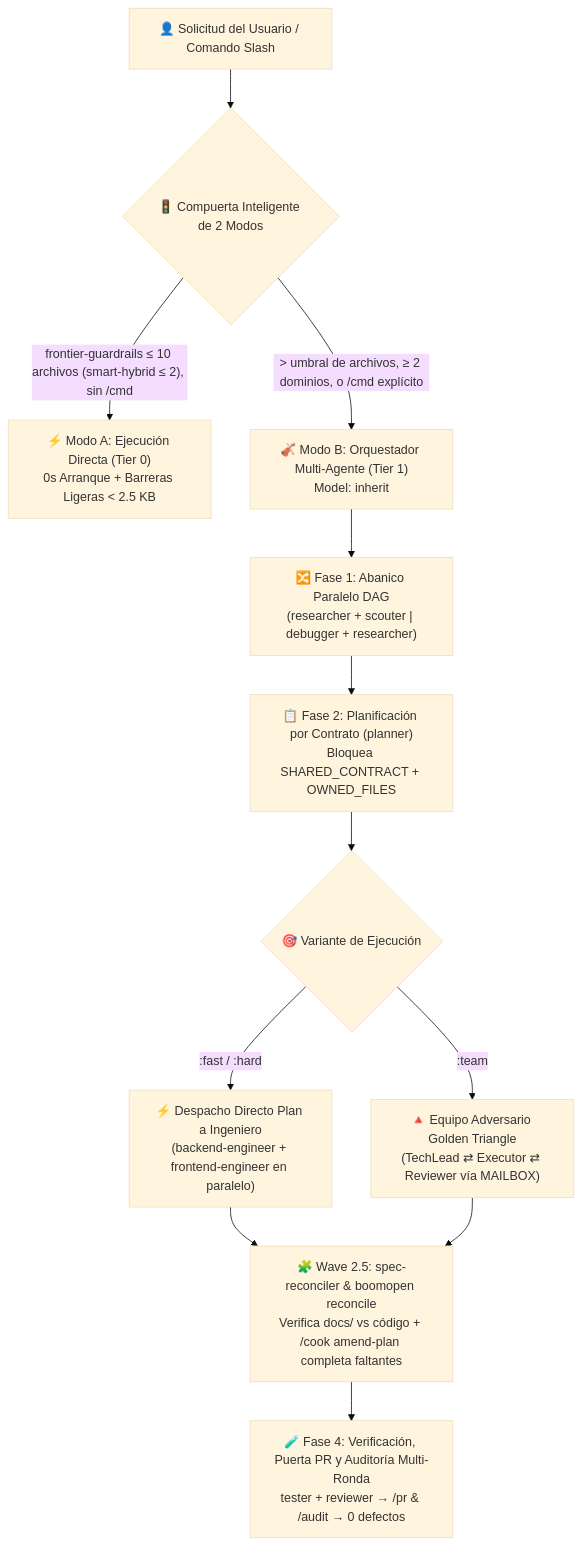
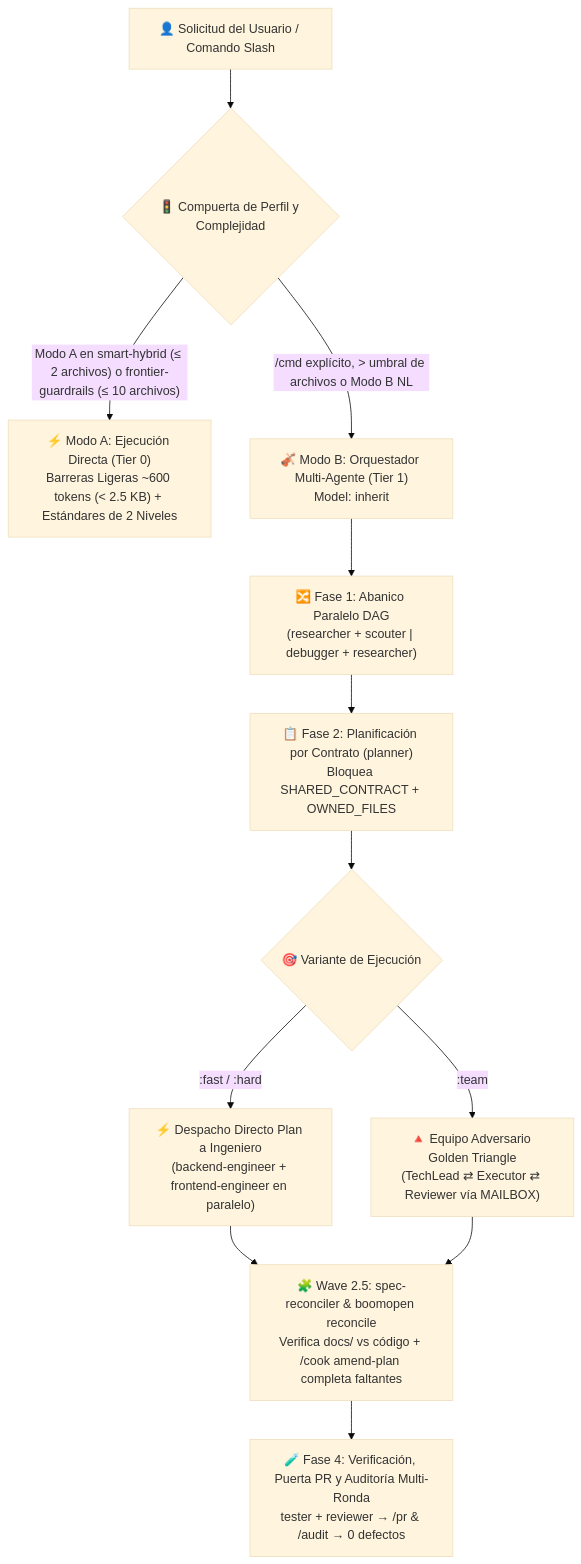
One commit to Kennyboom/BoomOpen-Workflow-Kit-Pro changed the diagram in i18n/README.es.md. Above: the diagram before and after it, drawn with Mermaid (base theme). The commit also changed other lines of this file and 16 other files, not shown here.

Commit message:
docs(i18n,changelog): align all 16 localized READMEs and CHANGELOG to smart-hybrid default

````diff
--- a/i18n/README.es.md
+++ b/i18n/README.es.md
@@ -57,17 +57,17 @@
 ```mermaid
 flowchart TD
-    User["👤 Solicitud del Usuario / Comando Slash"] --> Gate{"🚦 Compuerta Inteligente de 2 Modos"}
-    Gate -->|"frontier-guardrails ≤ 10 archivos (smart-hybrid ≤ 2), sin /cmd"| ModeA["⚡ Modo A: Ejecución Directa (Tier 0)<br/>0s Arranque + Barreras Ligeras < 2.5 KB"]
-    Gate -->|"> umbral de archivos, ≥ 2 dominios, o /cmd explícito"| ModeB["🎻 Modo B: Orquestador Multi-Agente (Tier 1)<br/>Model: inherit"]
+    User["👤 Solicitud del Usuario / Comando Slash"] --> Gate{"🚦 Compuerta de Perfil y Complejidad"}
+    Gate -->|"Modo A en smart-hybrid (≤ 2 archivos) o frontier-guardrails (≤ 10 archivos)"| ModeA["⚡ Modo A: Ejecución Directa (Tier 0)<br/>Barreras Ligeras ~600 tokens (< 2.5 KB) + Estándares de 2 Niveles"]
+    Gate -->|"/cmd explícito, > umbral de archivos o Modo B NL"| ModeB["🎻 Modo B: Orquestador Multi-Agente (Tier 1)<br/>Model: inherit"]
 
     ModeB --> FanOut["🔀 Fase 1: Abanico Paralelo DAG<br/>(researcher + scouter | debugger + researcher)"]
     FanOut --> Plan["📋 Fase 2: Planificación por Contrato (planner)<br/>Bloquea SHARED_CONTRACT + OWNED_FILES"]
     Plan --> Dispatch{"🎯 Variante de Ejecución"}
 
     Dispatch -->|":fast / :hard"| Direct["⚡ Despacho Directo Plan a Ingeniero<br/>(backend-engineer + frontend-engineer en paralelo)"]
     Dispatch -->|":team"| Triangle["🔺 Equipo Adversario Golden Triangle<br/>(TechLead ⇄ Executor ⇄ Reviewer vía MAILBOX)"]
 
     Direct --> Reconcile["🧩 Wave 2.5: spec-reconciler & boomopen reconcile<br/>Verifica docs/ vs código + /cook amend-plan completa faltantes"]
     Triangle --> Reconcile
     Reconcile --> Verify["🧪 Fase 4: Verificación, Puerta PR y Auditoría Multi-Ronda<br/>tester + reviewer → /pr & /audit → 0 defectos"]
 ```
````
